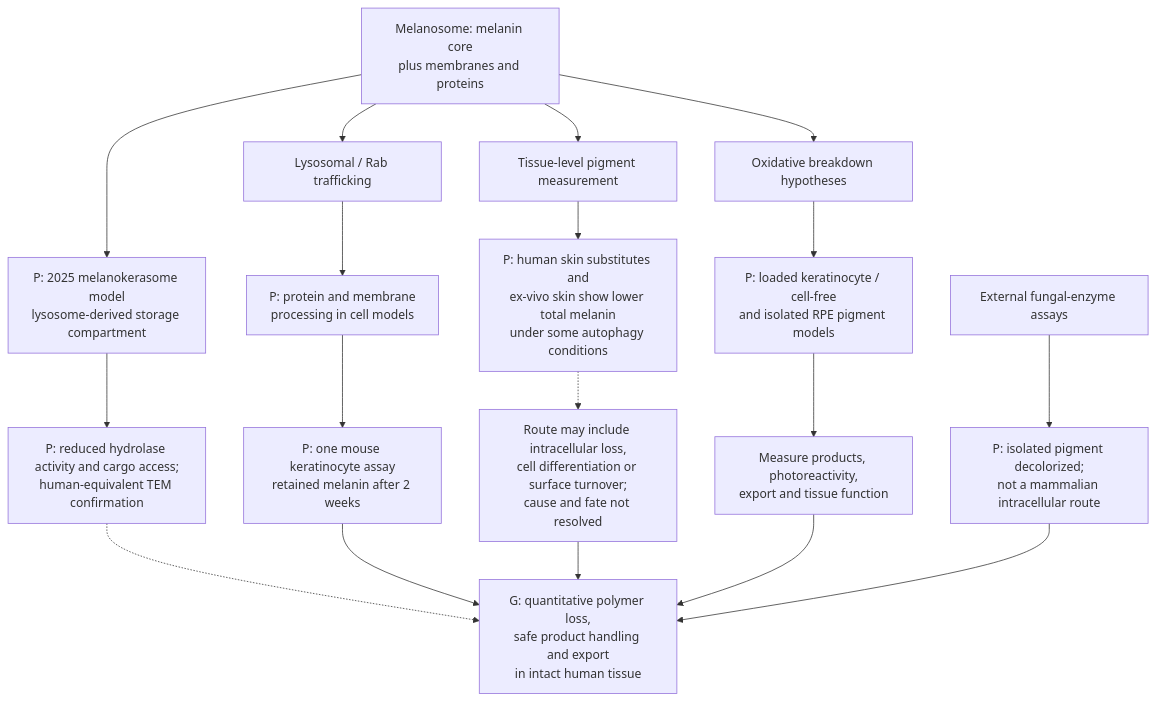
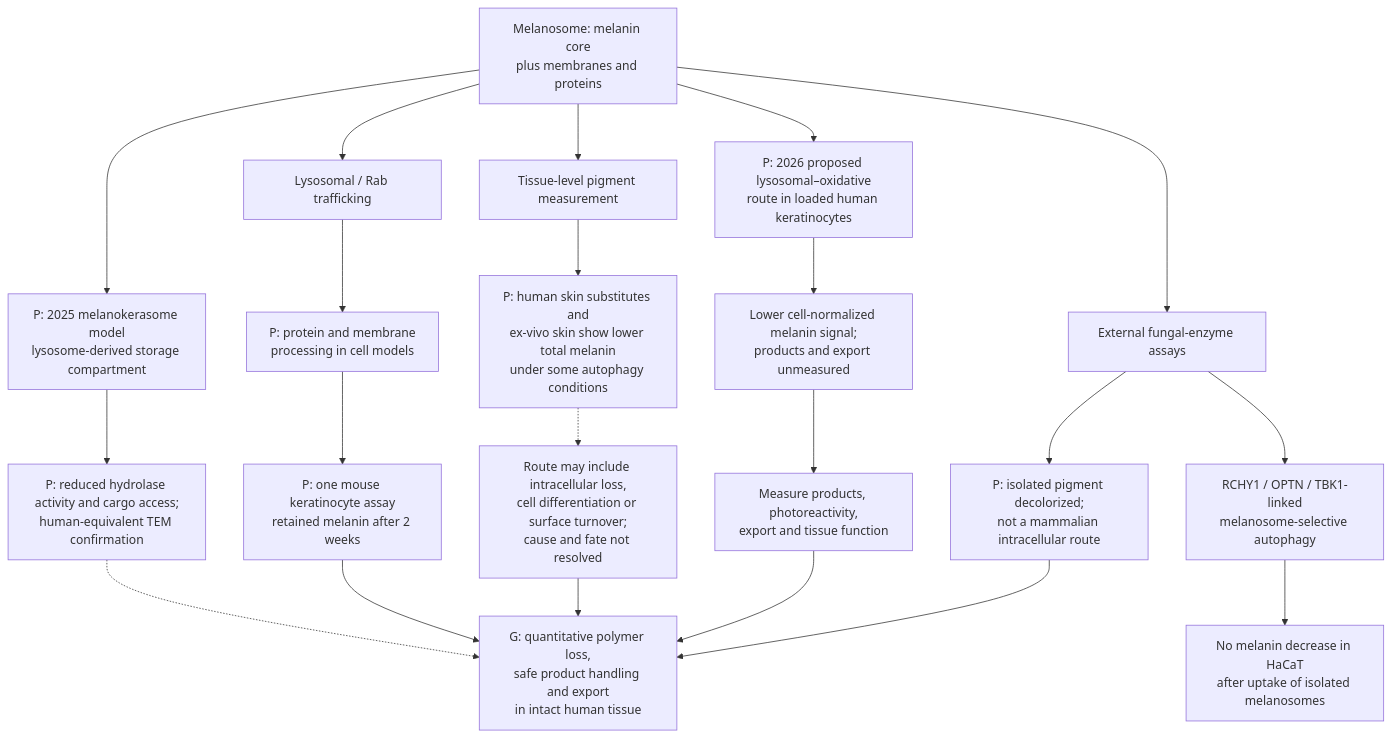
One commit to dylanstechmann/iris-color-without-contacts changed the second of 7 diagrams in research/selective-clearance-framework.md. Above: the diagram before and after it, drawn with Mermaid. The commit also changed other lines of this file, not shown here.

Commit message:
Map tissue-context limits of intracellular melanin degradation

````diff
--- a/research/selective-clearance-framework.md
+++ b/research/selective-clearance-framework.md
@@ -38,20 +38,23 @@
 ```mermaid
 flowchart TD
     M["Melanosome: melanin core<br/>plus membranes and proteins"] --> L["Lysosomal / Rab trafficking"]
     L --> P["P: protein and membrane<br/>processing in cell models"]
     P --> C["P: one mouse keratinocyte assay<br/>retained melanin after 2 weeks"]
     M --> S["P: 2025 melanokerasome model<br/>lysosome-derived storage compartment"]
     S --> S2["P: reduced hydrolase activity and cargo access;<br/>human-equivalent TEM confirmation"]
     S2 -.-> G["G: quantitative polymer loss,<br/>safe product handling and export<br/>in intact human tissue"]
     M --> T["Tissue-level pigment measurement"]
     T --> E["P: human skin substitutes and<br/>ex-vivo skin show lower total melanin<br/>under some autophagy conditions"]
     E -.-> U["Route may include intracellular loss,<br/>cell differentiation or surface turnover;<br/>cause and fate not resolved"]
-    M --> O["Oxidative breakdown hypotheses"]
-    O --> R["P: loaded keratinocyte / cell-free<br/>and isolated RPE pigment models"]
+    M --> F["P: 2024 melanophagy<br/>in B16F10 melanoma cells"]
+    F --> F1["RCHY1 / OPTN / TBK1-linked<br/>melanosome-selective autophagy"]
+    F1 --> F2["No melanin decrease in HaCaT<br/>after uptake of isolated melanosomes"]
+    M --> O["P: 2026 proposed lysosomal–oxidative<br/>route in loaded human keratinocytes"]
+    O --> R["Lower cell-normalized melanin signal;<br/>products and export unmeasured"]
     R --> B["Measure products, photoreactivity,<br/>export and tissue function"]
     F["External fungal-enzyme assays"] --> D["P: isolated pigment decolorized;<br/>not a mammalian intracellular route"]
     C --> G["G: quantitative polymer loss,<br/>safe product handling and export<br/>in intact human tissue"]
     U --> G
     B --> G
     D --> G
 ```
````
